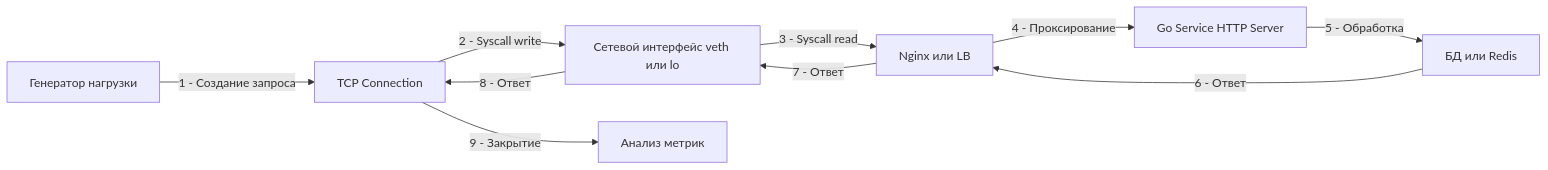
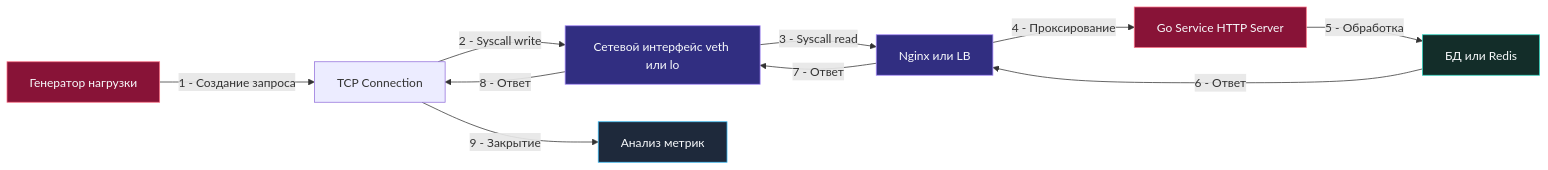
The diagram in sources/9. Бэкенд на Go (Практика разработки)/36. Load testing.md (UnrealTemplier/go-textbook), drawn with Mermaid before and after one commit. The commit also changed 1666 other files, not shown here.

First line of the commit message:
feat(mermaid): add semantic color classDef to 1369 colorless flowchart/graph diagrams

````diff
--- a/sources/9. Бэкенд на Go (Практика разработки)/36. Load testing.md
+++ b/sources/9. Бэкенд на Go (Практика разработки)/36. Load testing.md
@@ -29,12 +29,22 @@
 ```mermaid
 flowchart LR
-    A["Генератор нагрузки"]-->|"1 - Создание запроса"| B["TCP Connection"]
-    B-->|"2 - Syscall write"| C["Сетевой интерфейс veth или lo"]
-    C-->|"3 - Syscall read"| D["Nginx или LB"]
-    D-->|"4 - Проксирование"| E["Go Service HTTP Server"]
-    E-->|"5 - Обработка"| F["БД или Redis"]
+    classDef process  fill:#1e293b,stroke:#38bdf8,stroke-width:1px,color:#f8fafc
+    classDef success  fill:#064e3b,stroke:#34d399,stroke-width:1px,color:#f8fafc
+    classDef error    fill:#7f1d1d,stroke:#f87171,stroke-width:1px,color:#f8fafc
+    classDef warning  fill:#78350f,stroke:#fbbf24,stroke-width:1px,color:#f8fafc
+    classDef entry    fill:#1e3a5f,stroke:#38bdf8,stroke-width:2px,color:#f8fafc
+    classDef aux      fill:#334155,stroke:#64748b,stroke-width:1px,color:#f8fafc
+    classDef system   fill:#312e81,stroke:#a78bfa,stroke-width:1px,color:#f8fafc
+    classDef data     fill:#132d29,stroke:#2dd4bf,stroke-width:1px,color:#f8fafc
+    classDef network  fill:#881337,stroke:#fb7185,stroke-width:1px,color:#f8fafc
+    classDef accent   fill:#1e1b4b,stroke:#818cf8,stroke-width:1px,color:#f8fafc
+    A["Генератор нагрузки"]:::network-->|"1 - Создание запроса"| B["TCP Connection"]
+    B-->|"2 - Syscall write"| C["Сетевой интерфейс veth или lo"]:::system
+    C-->|"3 - Syscall read"| D["Nginx или LB"]:::system
+    D-->|"4 - Проксирование"| E["Go Service HTTP Server"]:::network
+    E-->|"5 - Обработка"| F["БД или Redis"]:::data
     F-->|"6 - Ответ"| D
     D-->|"7 - Ответ"| C
     C-->|"8 - Ответ"| B
-    B-->|"9 - Закрытие"| G["Анализ метрик"]
+    B-->|"9 - Закрытие"| G["Анализ метрик"]:::process
 ```
````
